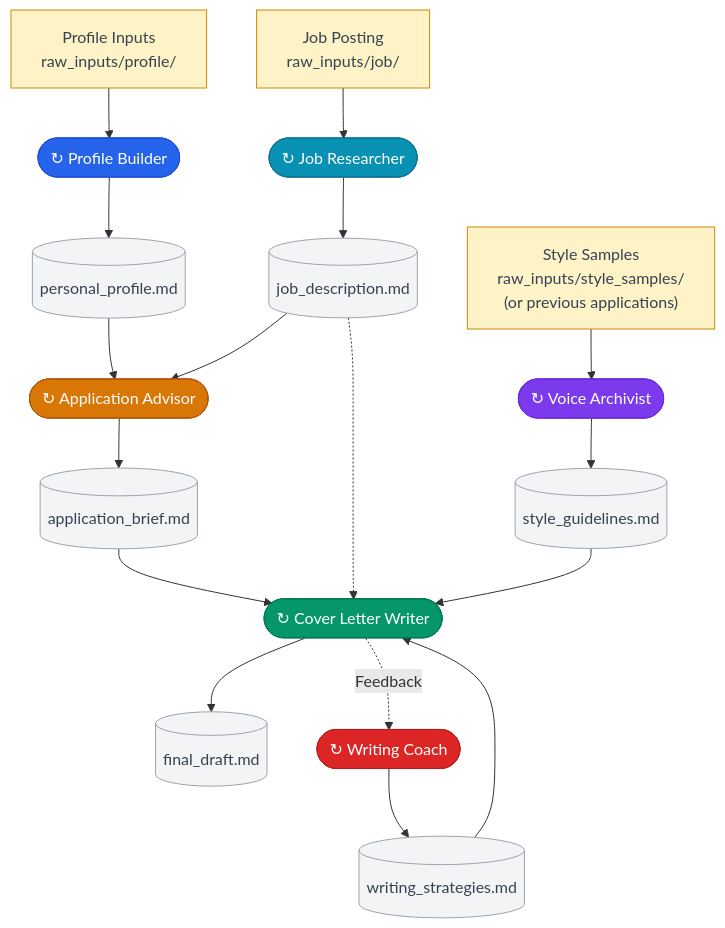
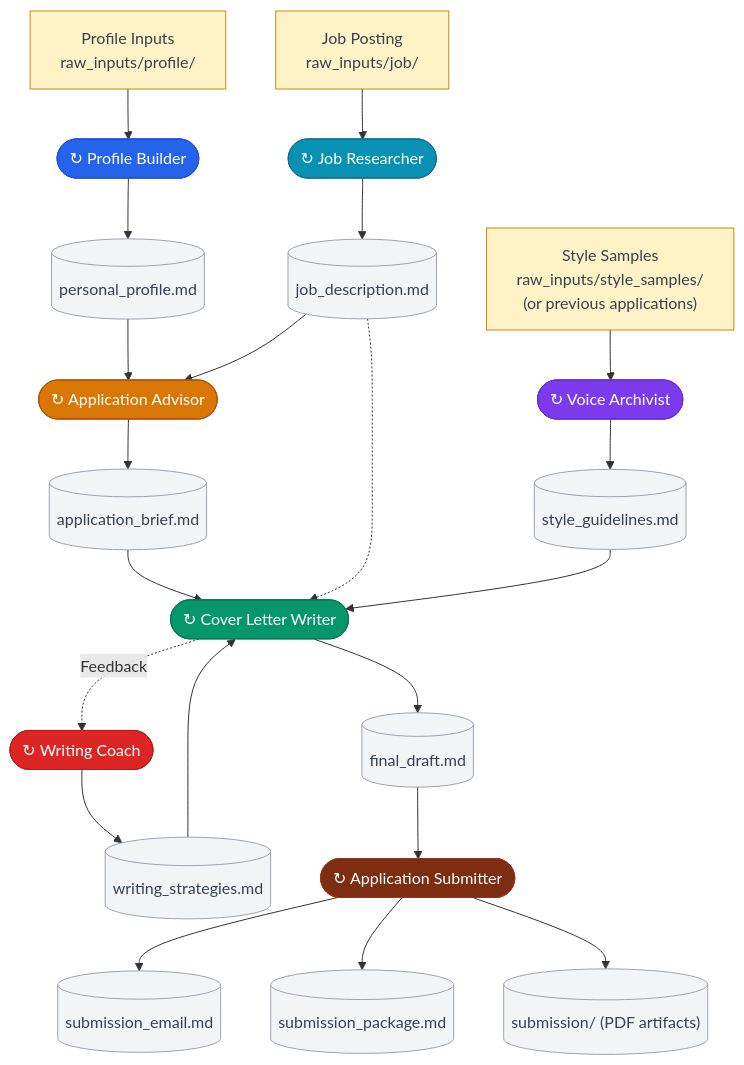
One commit to Fandy-ust/cover-letter-assistant changed the first of 2 diagrams in README.md. Above: the diagram before and after it, drawn with Mermaid. The commit also changed other lines of this file, not shown here.

First line of the commit message:
Update README with submission pipeline and output workflow.

````diff
--- a/README.md
+++ b/README.md
@@ -65,39 +66,46 @@
 ```mermaid
 flowchart TD
     classDef pb  fill:#2563EB,stroke:#1D4ED8,color:#fff
     classDef se  fill:#7C3AED,stroke:#6D28D9,color:#fff
     classDef jr  fill:#0891B2,stroke:#0E7490,color:#fff
     classDef aa  fill:#D97706,stroke:#B45309,color:#fff
     classDef cw  fill:#059669,stroke:#047857,color:#fff
     classDef su  fill:#DC2626,stroke:#B91C1C,color:#fff
+    classDef as  fill:#7C2D12,stroke:#9A3412,color:#fff
     classDef file  fill:#F3F4F6,stroke:#9CA3AF,color:#374151
     classDef input fill:#FEF3C7,stroke:#CA8A04,color:#374151
 
     %% One-time setup
     Personal["Profile Inputs<br>raw_inputs/profile/"]:::input --> PB
     PB(["↻  Profile Builder"]):::pb --> Profile[("personal_profile.md")]:::file
 
     Refs["Style Samples<br>raw_inputs/style_samples/<br>(or previous applications)"]:::input --> SE
     SE(["↻  Voice Archivist"]):::se --> StyleGuide[("style_guidelines.md")]:::file
     StyleHard[("writing_strategies.md")]:::file
 
     %% Job input & research
     JobInput["Job Posting<br>raw_inputs/job/"]:::input --> JR
     JR(["↻  Job Researcher"]):::jr --> JD[("job_description.md")]:::file
 
     %% Advisor Phase
     Profile --> AA
     JD --> AA
     AA(["↻  Application Advisor"]):::aa --> Brief[("application_brief.md")]:::file
 
     %% Writer Phase
     Brief --> CW
     JD -.-> CW
     StyleGuide --> CW
     StyleHard --> CW
     CW(["↻  Cover Letter Writer"]):::cw --> Draft[("final_draft.md")]:::file
 
+    %% Submission Phase
+    Draft --> AS
+    AS(["↻  Application Submitter"]):::as --> EmailDraft[("submission_email.md")]:::file
+    AS --> Package[("submission_package.md")]:::file
+    AS --> SubmissionDir[("submission/ (PDF artifacts)")]:::file
+
     %% Style Feedback Loop
     CW -.->|"Feedback"| SU
     SU(["↻  Writing Coach"]):::su --> StyleHard
 ```
````
